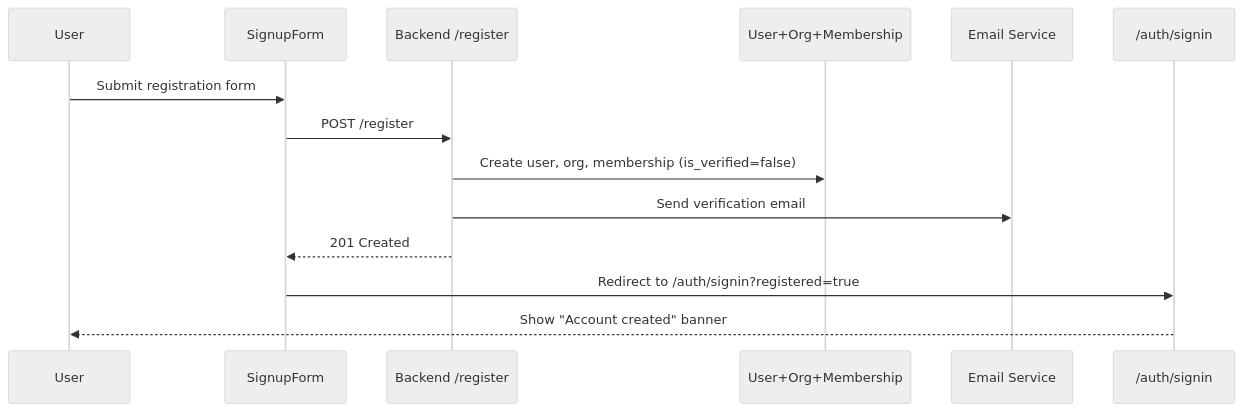
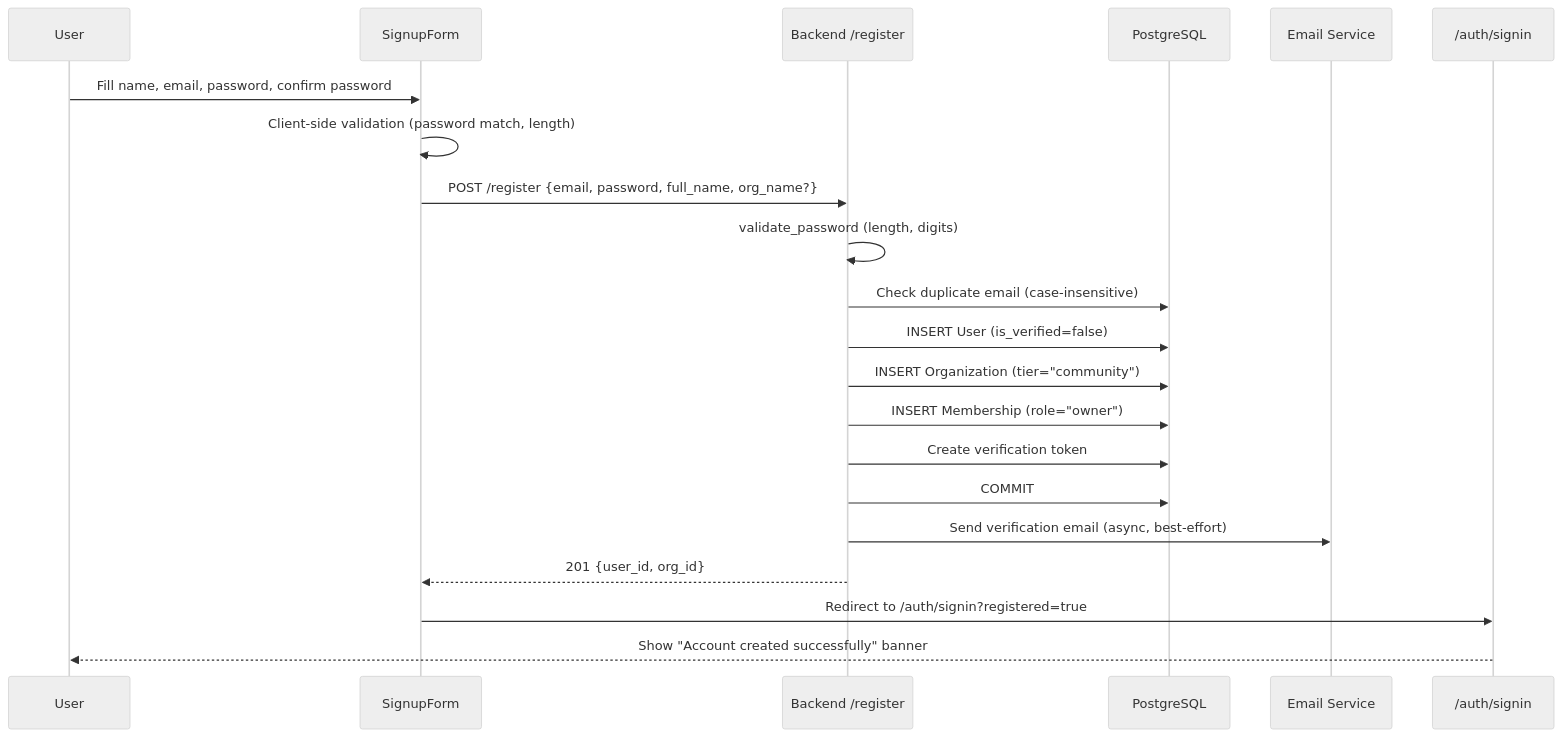
One commit to full-chaos/dev-health-web changed the first of 16 diagrams in docs/auth-system.md. Above: the diagram before and after it, drawn with Mermaid (neutral theme). The commit also changed other lines of this file and 1 other file, not shown here.

First line of the commit message:
docs: add comprehensive user journey documentation with Mermaid diagrams

````diff
--- a/docs/auth-system.md
+++ b/docs/auth-system.md
@@ -30,17 +38,24 @@
 ```mermaid
 sequenceDiagram
     participant U as User
     participant SF as SignupForm
     participant R as Backend /register
-    participant DB as User+Org+Membership
-    participant M as Email Service
+    participant DB as PostgreSQL
+    participant E as Email Service
     participant SI as /auth/signin
 
-    U->>SF: Submit registration form
-    SF->>R: POST /register
-    R->>DB: Create user, org, membership (is_verified=false)
-    R->>M: Send verification email
-    R-->>SF: 201 Created
+    U->>SF: Fill name, email, password, confirm password
+    SF->>SF: Client-side validation (password match, length)
+    SF->>R: POST /register {email, password, full_name, org_name?}
+    R->>R: validate_password (length, digits)
+    R->>DB: Check duplicate email (case-insensitive)
+    R->>DB: INSERT User (is_verified=false)
+    R->>DB: INSERT Organization (tier="community")
+    R->>DB: INSERT Membership (role="owner")
+    R->>DB: Create verification token
+    R->>DB: COMMIT
+    R->>E: Send verification email (async, best-effort)
+    R-->>SF: 201 {user_id, org_id}
     SF->>SI: Redirect to /auth/signin?registered=true
-    SI-->>U: Show "Account created" banner
+    SI-->>U: Show "Account created successfully" banner
 ```
````
